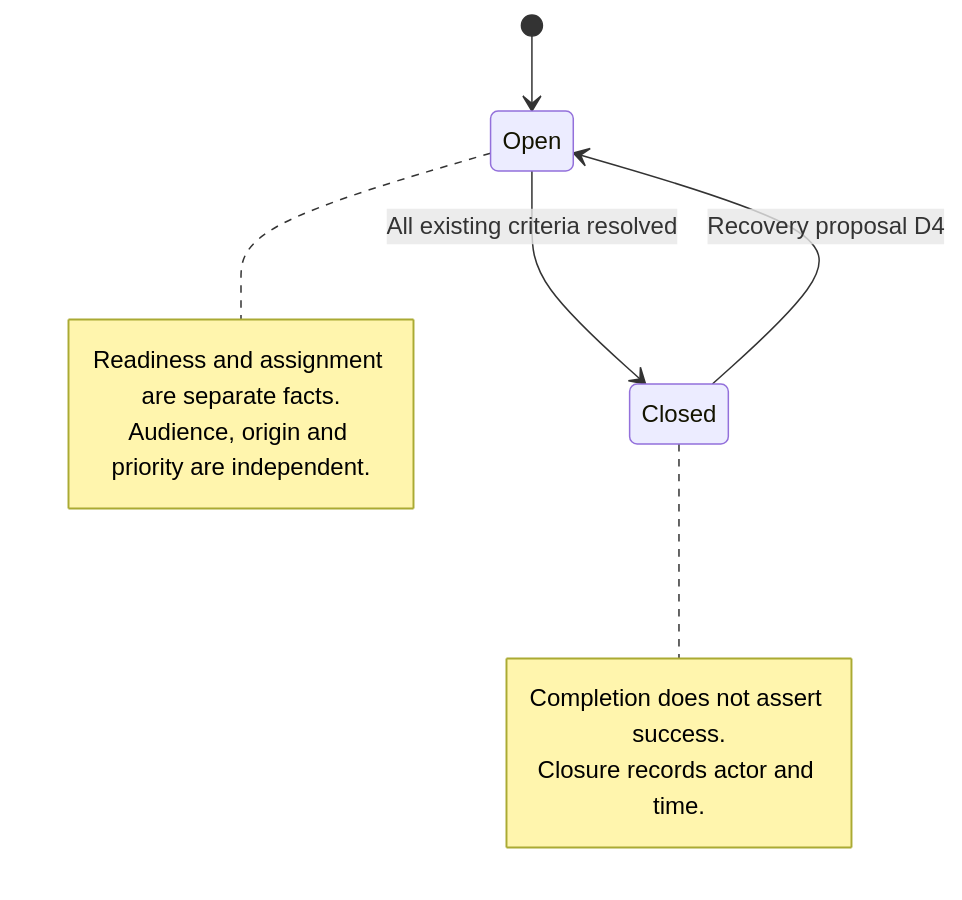
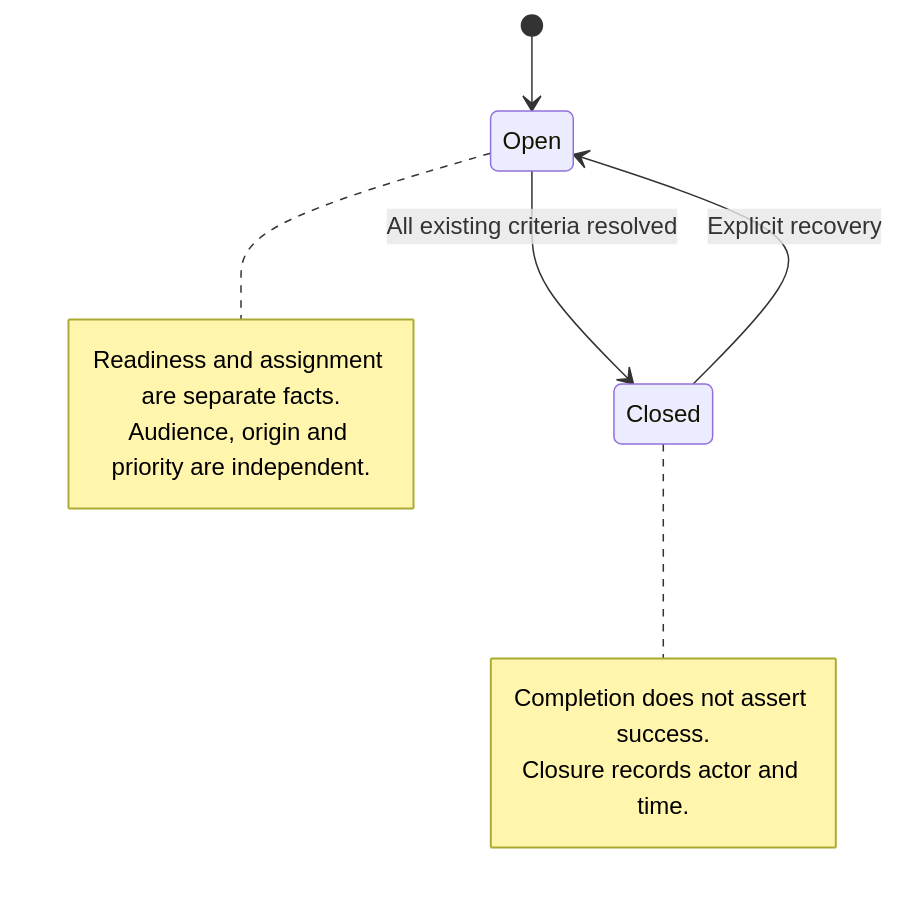
The first of 5 diagrams in docs/prd/work-coordination.md (codethread/botlake), drawn with Mermaid before and after one commit. The commit also changed other lines of this file and 102 other files, not shown here.

````diff
--- a/docs/prd/work-coordination.md
+++ b/docs/prd/work-coordination.md
@@ -53,14 +53,14 @@
 ```mermaid
 stateDiagram-v2
   [*] --> Open
   Open --> Closed: All existing criteria resolved
-  Closed --> Open: Recovery proposal D4
+  Closed --> Open: Explicit recovery
   note right of Open
     Readiness and assignment are separate facts.
     Audience, origin and priority are independent.
   end note
   note right of Closed
     Completion does not assert success.
     Closure records actor and time.
   end note
 ```
````
